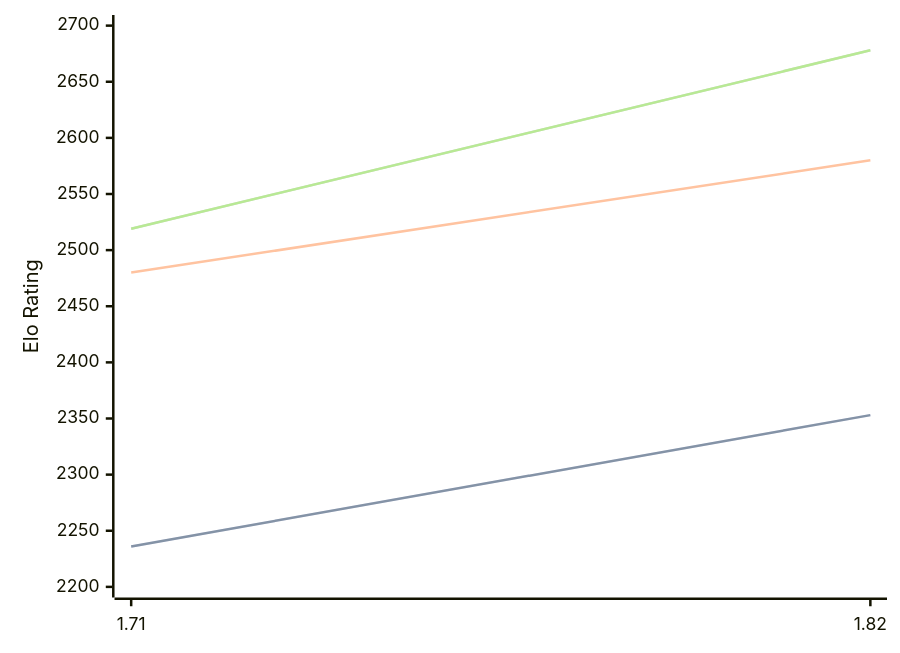
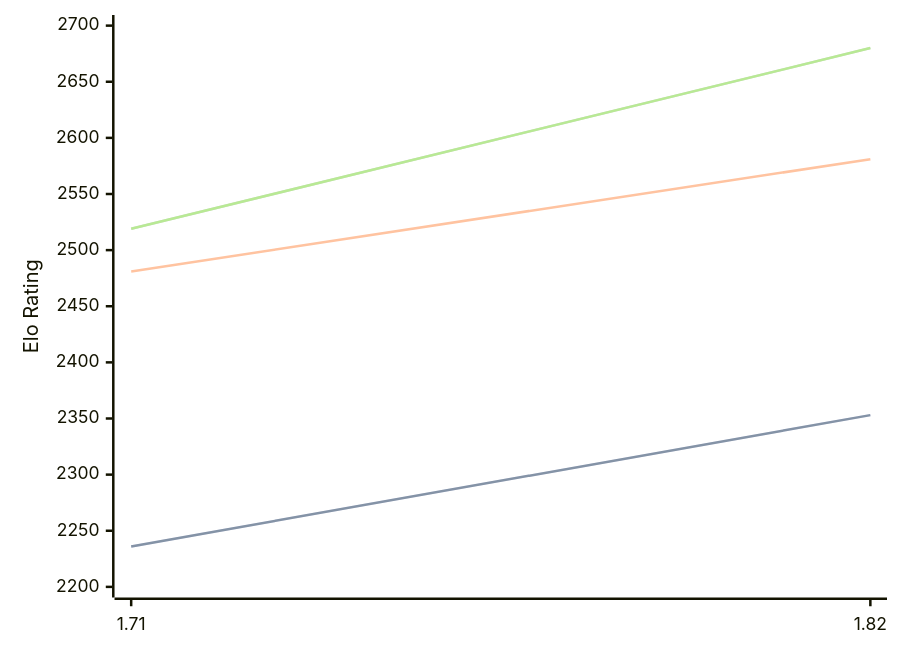
One commit to computer-chess-index/cci changed the diagram in engines/Amira.md. Above: the diagram before and after it, drawn with Mermaid. The commit also changed other lines of this file, not shown here.

Commit message:
Update CCI Ratings (ELO VLTC) - 2026-02-20

````diff
--- a/engines/Amira.md
+++ b/engines/Amira.md
@@ -32,11 +32,11 @@
 ```mermaid
 %%{init: {"theme":"base","themeVariables":{"seriesColors:['#a3a3a3','#222221','#faa371']}}}%%
 xychart-beta
   x-axis ["1.71", "1.82"]
   y-axis "Elo Rating" 2200 --> 2700
   line "STC (8.0+0.08s)" [2236, 2353]
   line "STC (8.0+0.08s)" [2236, 2353]
-  line "LTC (60.0+0.60s)" [2480, 2580]
-  line "VLTC (2m24s+1.12s)" [2519, 2678]
-  line "VLTC (2m24s+1.12s)" [2519, 2678]
+  line "LTC (60.0+0.60s)" [2481, 2581]
+  line "VLTC (2m24s+1.12s)" [2519, 2680]
+  line "VLTC (2m24s+1.12s)" [2519, 2680]
 ```
````
